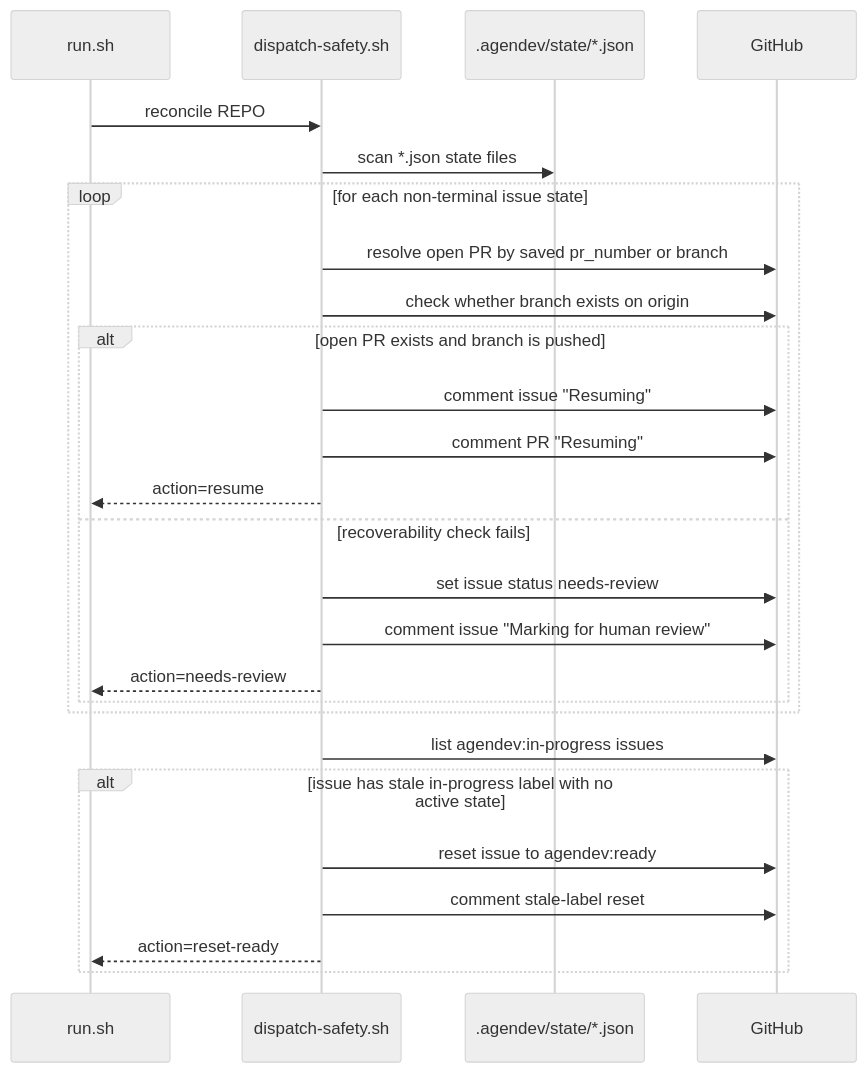
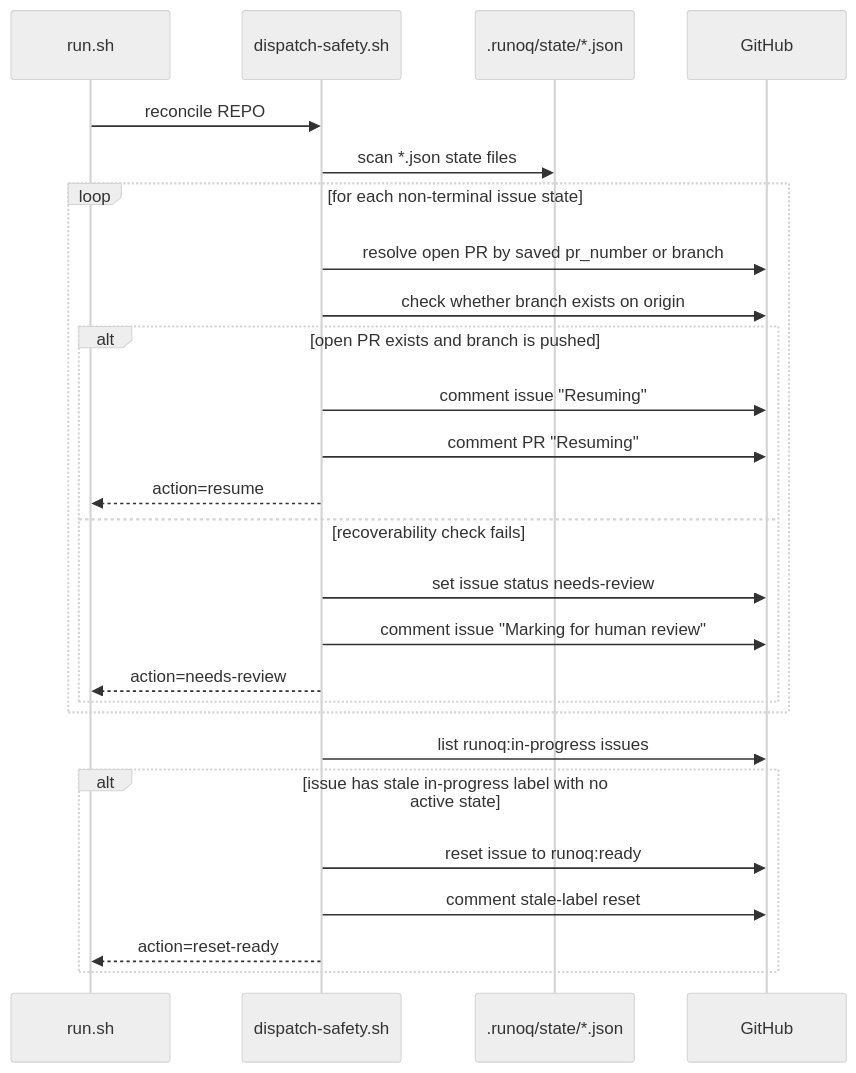
Before and after one commit to morhekil/runoq: the fourth of 6 diagrams in docs/architecture/flows.md, drawn with Mermaid (neutral theme). The commit also changed other lines of this file and 98 other files, not shown here.

Commit message:
rebranding from agendev to runoq

````diff
--- a/docs/architecture/flows.md
+++ b/docs/architecture/flows.md
@@ -178,29 +178,29 @@
 ```mermaid
 sequenceDiagram
   participant Run as run.sh
   participant Safety as dispatch-safety.sh
-  participant State as .agendev/state/*.json
+  participant State as .runoq/state/*.json
   participant GH as GitHub
 
   Run->>Safety: reconcile REPO
   Safety->>State: scan *.json state files
   loop for each non-terminal issue state
     Safety->>GH: resolve open PR by saved pr_number or branch
     Safety->>GH: check whether branch exists on origin
     alt open PR exists and branch is pushed
       Safety->>GH: comment issue "Resuming"
       Safety->>GH: comment PR "Resuming"
       Safety-->>Run: action=resume
     else recoverability check fails
       Safety->>GH: set issue status needs-review
       Safety->>GH: comment issue "Marking for human review"
       Safety-->>Run: action=needs-review
     end
   end
-  Safety->>GH: list agendev:in-progress issues
+  Safety->>GH: list runoq:in-progress issues
   alt issue has stale in-progress label with no active state
-    Safety->>GH: reset issue to agendev:ready
+    Safety->>GH: reset issue to runoq:ready
     Safety->>GH: comment stale-label reset
     Safety-->>Run: action=reset-ready
   end
 ```
````
